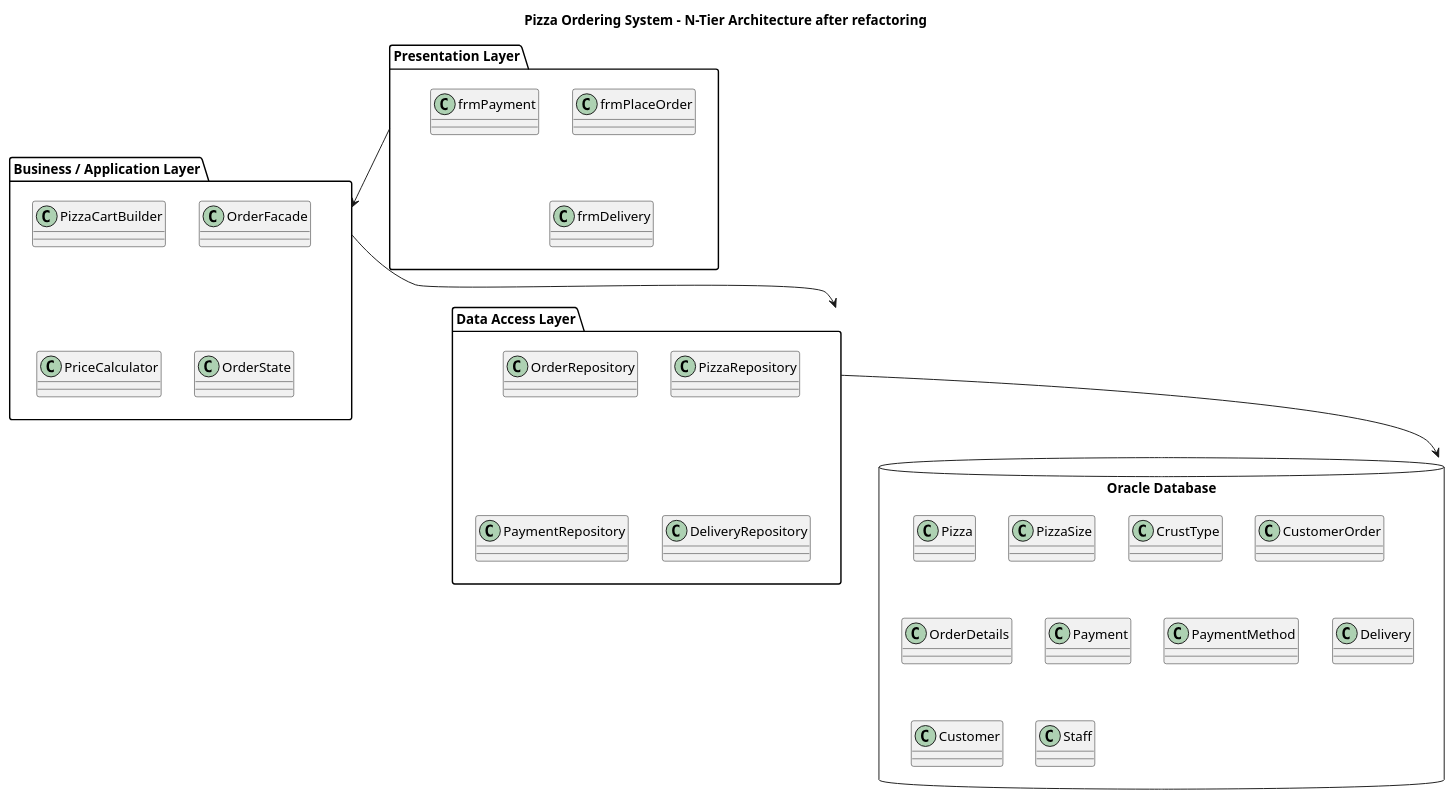
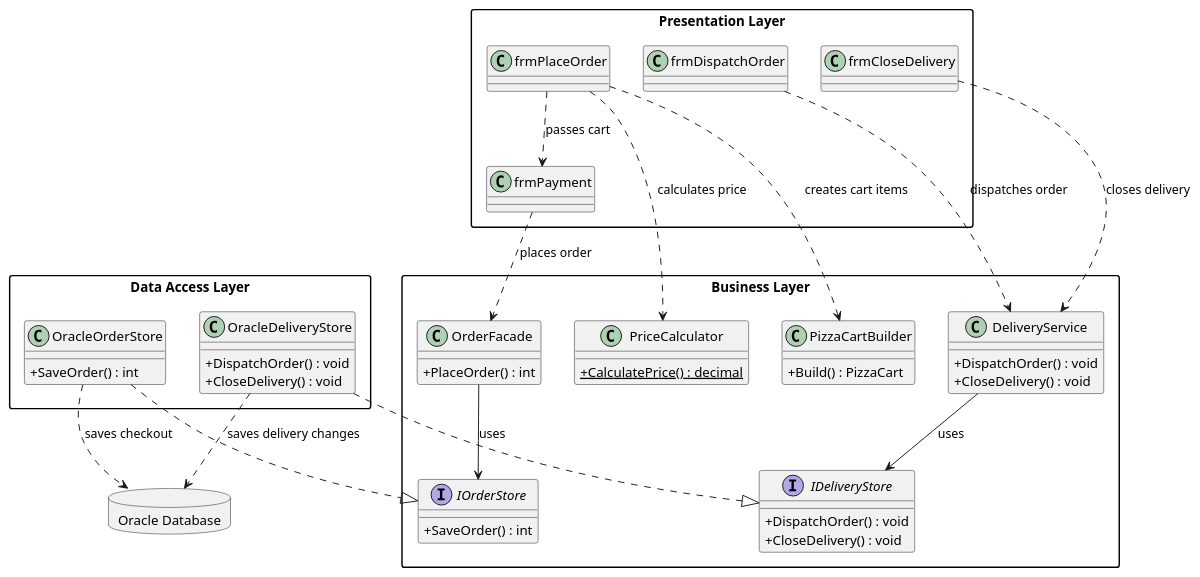
The diagram in FoodDeliverySYS/NTierArchitecture.puml (YukiHoi/Pizza-Ordering-System-Refactored), drawn with PlantUML before and after one commit. The commit also changed 14 other files, not shown here.

```diff
--- a/FoodDeliverySYS/NTierArchitecture.puml
+++ b/FoodDeliverySYS/NTierArchitecture.puml
@@ -1,40 +1,71 @@
 @startuml
-title Pizza Ordering System - N-Tier Architecture after refactoring
+allowmixing
+top to bottom direction
+skinparam classAttributeIconSize 0
+skinparam packageStyle rectangle
 
-package "Presentation Layer" as Presentation {
+package "Presentation Layer" {
     class frmPlaceOrder
     class frmPayment
-    class frmDelivery
+    class frmDispatchOrder
+    class frmCloseDelivery
 }
 
-package "Business / Application Layer" as Business {
-    class PizzaCartBuilder
-    class OrderFacade
-    class PriceCalculator
-    class OrderState
+package "Business Layer" {
+    class PriceCalculator {
+        +{static} CalculatePrice() : decimal
+    }
+
+    class PizzaCartBuilder {
+        +Build() : PizzaCart
+    }
+
+    class OrderFacade {
+        +PlaceOrder() : int
+    }
+
+    interface IOrderStore {
+        +SaveOrder() : int
+    }
+
+    class DeliveryService {
+        +DispatchOrder() : void
+        +CloseDelivery() : void
+    }
+
+    interface IDeliveryStore {
+        +DispatchOrder() : void
+        +CloseDelivery() : void
+    }
 }
 
-package "Data Access Layer" as DataAccess {
-    class OrderRepository
-    class PizzaRepository
-    class PaymentRepository
-    class DeliveryRepository
+package "Data Access Layer" {
+    class OracleOrderStore {
+        +SaveOrder() : int
+    }
+
+    class OracleDeliveryStore {
+        +DispatchOrder() : void
+        +CloseDelivery() : void
+    }
 }
 
-database "Oracle Database" as Database {
-    class Pizza
-    class PizzaSize
-    class CrustType
-    class CustomerOrder
-    class OrderDetails
-    class Payment
-    class PaymentMethod
-    class Delivery
-    class Customer
-    class Staff
-}
+database "Oracle Database" as OracleDB
 
-Presentation --> Business
-Business --> DataAccess
-DataAccess --> Database
+frmPlaceOrder ..> PriceCalculator : calculates price
+frmPlaceOrder ..> PizzaCartBuilder : creates cart items
+frmPlaceOrder ..> frmPayment : passes cart
+
+frmPayment ..> OrderFacade : places order
+OrderFacade --> IOrderStore : uses
+OracleOrderStore ..|> IOrderStore
+
+frmDispatchOrder ..> DeliveryService : dispatches order
+frmCloseDelivery ..> DeliveryService : closes delivery
+DeliveryService --> IDeliveryStore : uses
+OracleDeliveryStore ..|> IDeliveryStore
+
+OracleOrderStore ..> OracleDB : saves checkout
+OracleDeliveryStore ..> OracleDB : saves delivery changes
+
 @enduml
```
